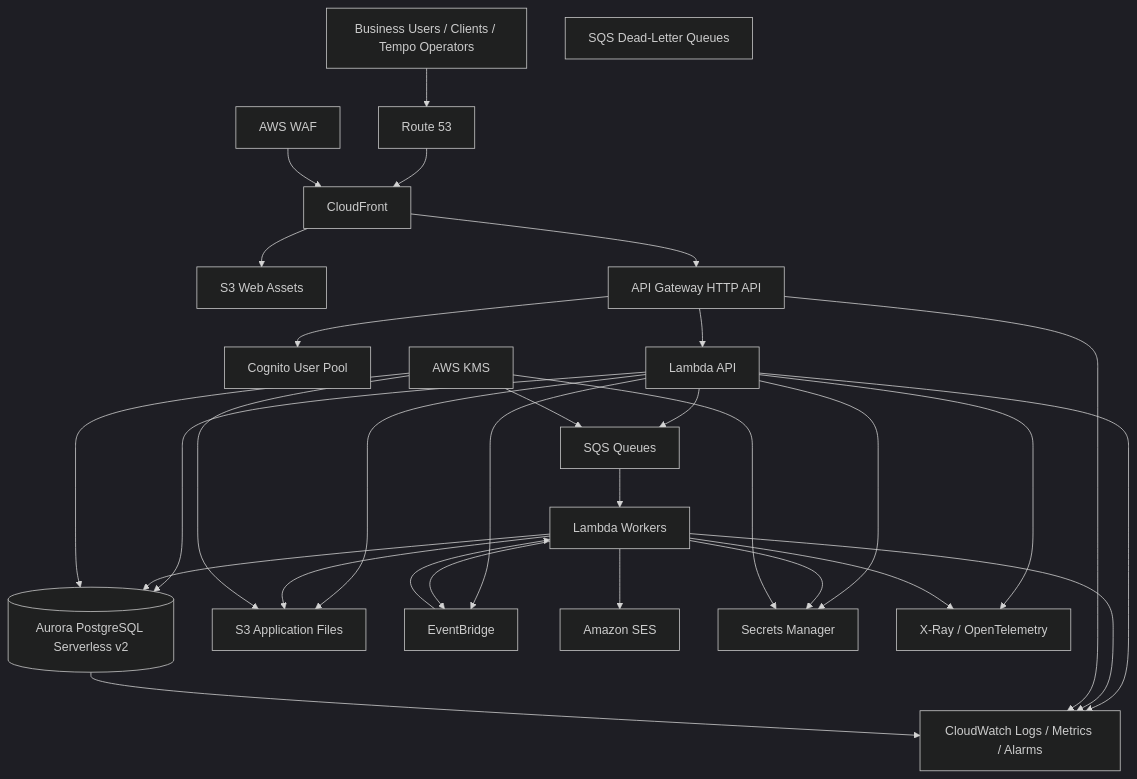
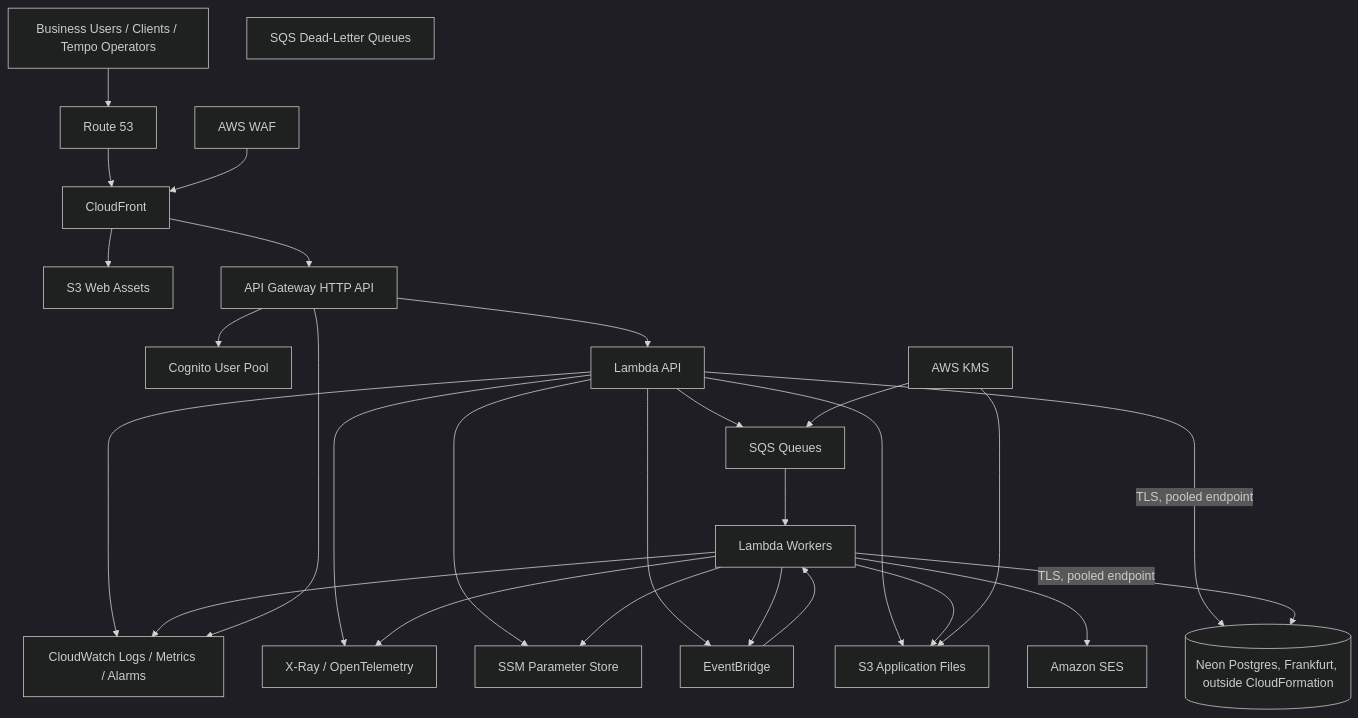
The first of 2 diagrams in docs/01_AWS_Infrastructure_LLD.md (yanivkrispel-cyber/Tempo), drawn with Mermaid (dark theme) before and after one commit. The commit also changed other lines of this file, not shown here.

First line of the commit message:
docs(lld-01): bring the infrastructure LLD in line with Neon, no VPC and SSM secrets (#41)

````diff
--- a/docs/01_AWS_Infrastructure_LLD.md
+++ b/docs/01_AWS_Infrastructure_LLD.md
@@ -47,63 +60,60 @@
 ```mermaid
 flowchart TB
     USERS[Business Users / Clients / Tempo Operators]
 
     ROUTE53[Route 53]
     CLOUDFRONT[CloudFront]
     WAF[AWS WAF]
     S3WEB[S3 Web Assets]
 
     APIGW[API Gateway HTTP API]
     COGNITO[Cognito User Pool]
     LAMBDAAPI[Lambda API]
     LAMBDAWORKERS[Lambda Workers]
 
-    AURORA[(Aurora PostgreSQL Serverless v2)]
+    NEON[(Neon Postgres, Frankfurt, outside CloudFormation)]
     S3FILES[S3 Application Files]
     SQS[SQS Queues]
     DLQ[SQS Dead-Letter Queues]
     EVENTBRIDGE[EventBridge]
     SES[Amazon SES]
 
-    SECRETS[Secrets Manager]
+    SECRETS[SSM Parameter Store]
     KMS[AWS KMS]
     CLOUDWATCH[CloudWatch Logs / Metrics / Alarms]
     XRAY[X-Ray / OpenTelemetry]
 
     USERS --> ROUTE53
     ROUTE53 --> CLOUDFRONT
     WAF --> CLOUDFRONT
     CLOUDFRONT --> S3WEB
     CLOUDFRONT --> APIGW
 
     APIGW --> COGNITO
     APIGW --> LAMBDAAPI
 
-    LAMBDAAPI --> AURORA
+    LAMBDAAPI -->|TLS, pooled endpoint| NEON
     LAMBDAAPI --> S3FILES
     LAMBDAAPI --> SQS
     LAMBDAAPI --> EVENTBRIDGE
 
     SQS --> LAMBDAWORKERS
     EVENTBRIDGE --> LAMBDAWORKERS
-    LAMBDAWORKERS --> AURORA
+    LAMBDAWORKERS -->|TLS, pooled endpoint| NEON
     LAMBDAWORKERS --> S3FILES
     LAMBDAWORKERS --> SES
     LAMBDAWORKERS --> EVENTBRIDGE
 
     LAMBDAAPI --> SECRETS
     LAMBDAWORKERS --> SECRETS
 
-    KMS --> AURORA
     KMS --> S3FILES
-    KMS --> SECRETS
     KMS --> SQS
 
     LAMBDAAPI --> CLOUDWATCH
     LAMBDAWORKERS --> CLOUDWATCH
     APIGW --> CLOUDWATCH
-    AURORA --> CLOUDWATCH
 
     LAMBDAAPI --> XRAY
     LAMBDAWORKERS --> XRAY
 ```
````
